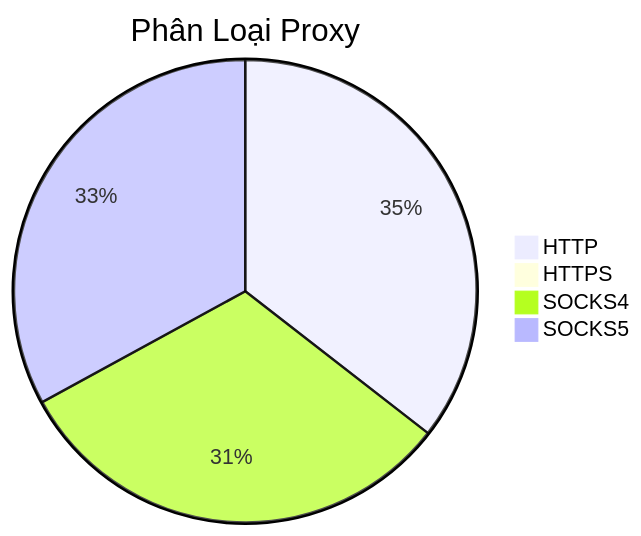
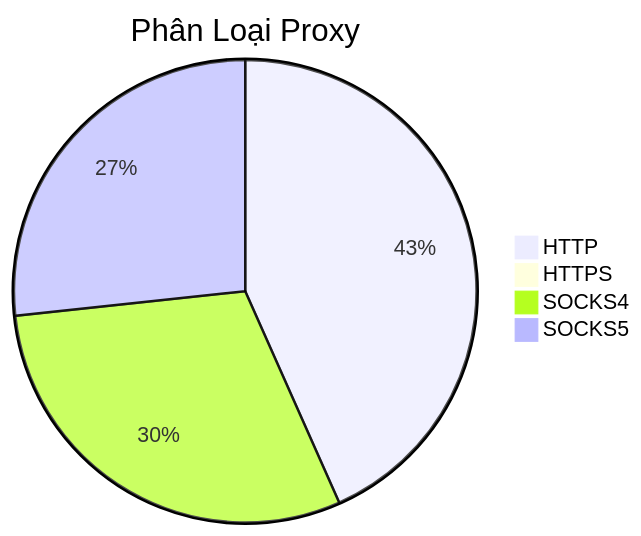
The diagram in README.md (Ciara-12/PROXY-free), drawn with Mermaid before and after one commit. The commit also changed other lines of this file and 3 other files, not shown here.

````diff
--- a/README.md
+++ b/README.md
@@ -26,7 +26,7 @@
 ```mermaid
 pie title Phân Loại Proxy
-    "HTTP" : 375
+    "HTTP" : 664
     "HTTPS" : 2
-    "SOCKS4" : 333
-    "SOCKS5" : 348
+    "SOCKS4" : 459
+    "SOCKS5" : 409
 ```
````
